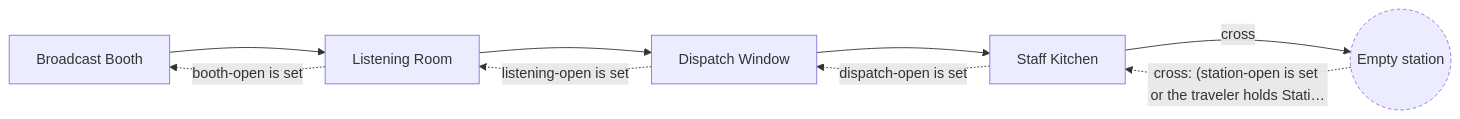
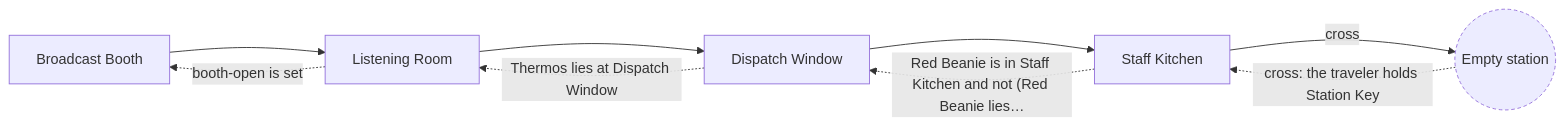
The first of 2 diagrams in docs/maps/ratiradio.md (cenetex/cosyworld), drawn with Mermaid before and after one commit. The commit also changed other lines of this file and 23 other files, not shown here.

````diff
--- a/docs/maps/ratiradio.md
+++ b/docs/maps/ratiradio.md
@@ -12,19 +12,19 @@
 ```mermaid
 flowchart LR
   %% Night Shift at RatiRadio
   n_ratiradio_broadcast_booth["Broadcast Booth"]
   n_ratiradio_dispatch_window["Dispatch Window"]
   n_ratiradio_listening_room["Listening Room"]
   n_ratiradio_staff_kitchen["Staff Kitchen"]
   n_station(("Empty station"))
   n_ratiradio_broadcast_booth --> n_ratiradio_listening_room
-  n_ratiradio_dispatch_window -. "listening-open is set" .-> n_ratiradio_listening_room
+  n_ratiradio_dispatch_window -. "Thermos lies at Dispatch Window" .-> n_ratiradio_listening_room
   n_ratiradio_dispatch_window --> n_ratiradio_staff_kitchen
   n_ratiradio_listening_room -. "booth-open is set" .-> n_ratiradio_broadcast_booth
   n_ratiradio_listening_room --> n_ratiradio_dispatch_window
-  n_ratiradio_staff_kitchen -. "dispatch-open is set" .-> n_ratiradio_dispatch_window
+  n_ratiradio_staff_kitchen -. "Red Beanie is in Staff Kitchen and not (Red Beanie lies…" .-> n_ratiradio_dispatch_window
   n_ratiradio_staff_kitchen -- "cross" --> n_station
-  n_station -. "cross: (station-open is set or the traveler holds Stati…" .-> n_ratiradio_staff_kitchen
+  n_station -. "cross: the traveler holds Station Key" .-> n_ratiradio_staff_kitchen
   classDef stub stroke-dasharray: 4 3
   class n_station stub
 ```
````
